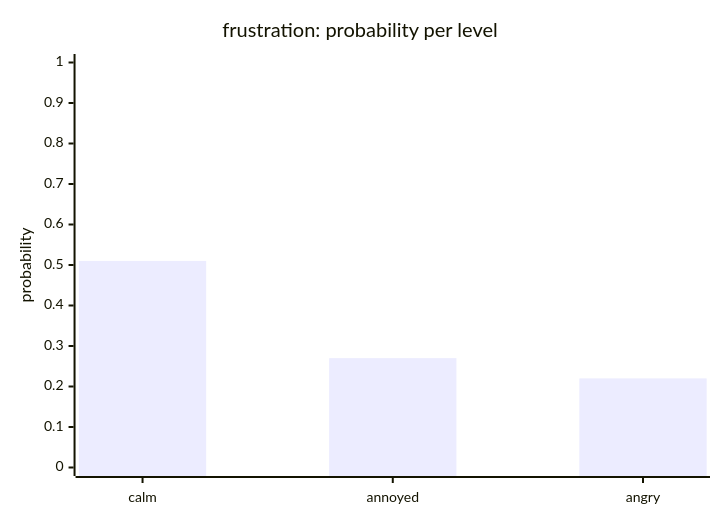
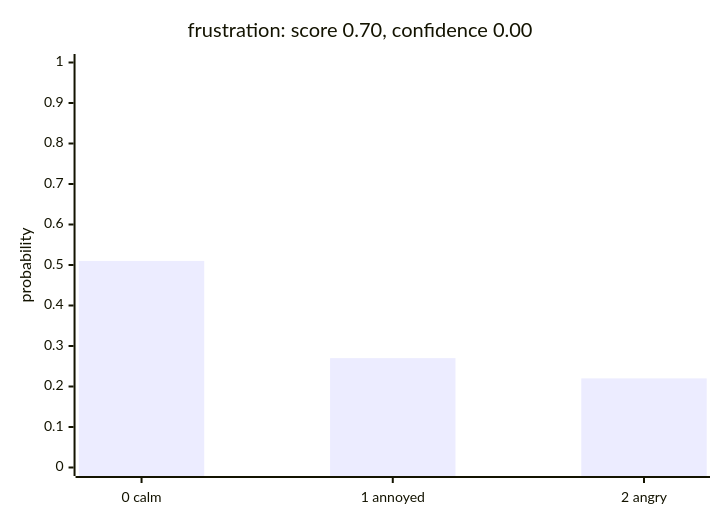
One commit to axel-sirota/getting_started_jev changed the sixth of 11 diagrams in imp_files/slides/module01_diagrams.md. Above: the diagram before and after it, drawn with Mermaid. The commit also changed other lines of this file and 38 other files, not shown here.

Commit message:
Module 1: notebooks, diagrams and deck

````diff
--- a/imp_files/slides/module01_diagrams.md
+++ b/imp_files/slides/module01_diagrams.md
@@ -73,7 +74,7 @@
 ```mermaid
 xychart-beta
-  title "frustration: probability per level"
-  x-axis ["calm", "annoyed", "angry"]
+  title "frustration: score 0.70, confidence 0.00"
+  x-axis ["0 calm", "1 annoyed", "2 angry"]
   y-axis "probability" 0 --> 1
   bar [0.51, 0.27, 0.22]
 ```
````
